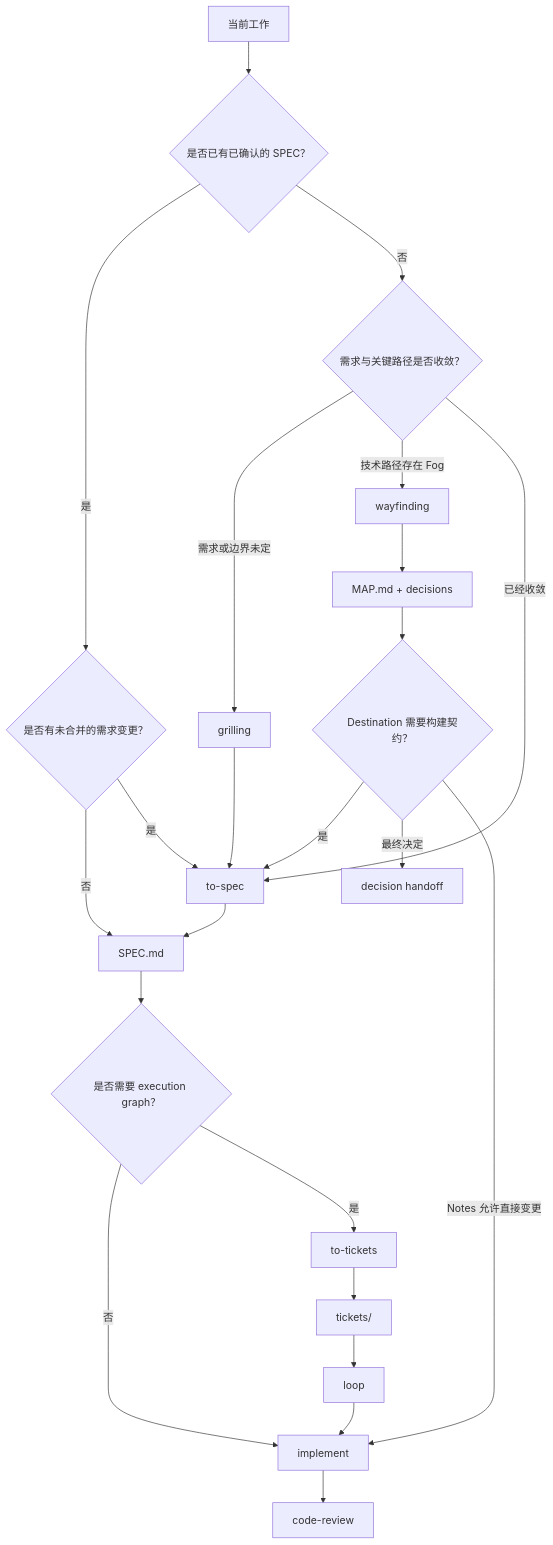
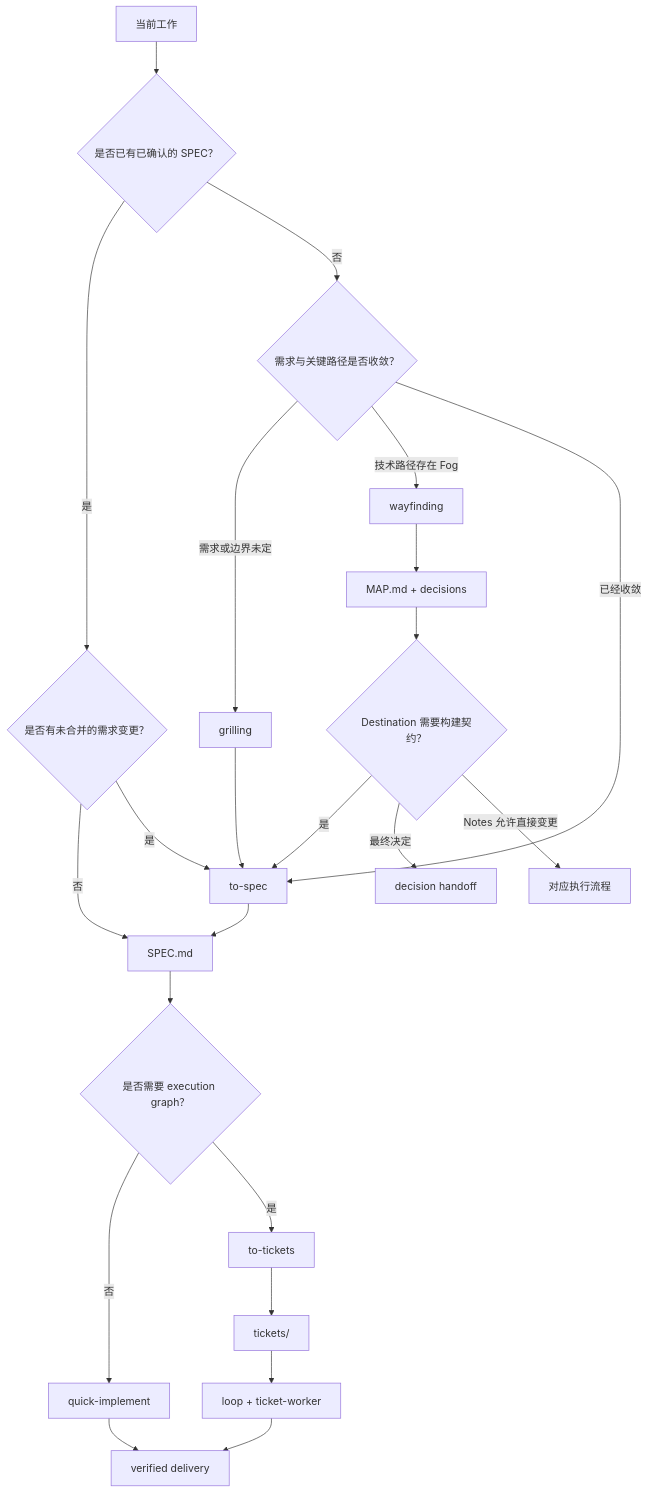
Before and after one commit to calvingit/skills: the first of 2 diagrams in README.md, drawn with Mermaid. The commit also changed other lines of this file and 18 other files, not shown here.

````diff
--- a/README.md
+++ b/README.md
@@ -156,25 +156,25 @@
 ```mermaid
 flowchart TD
     A[当前工作] --> B{是否已有已确认的 SPEC？}
     B -->|是| P{是否有未合并的需求变更？}
     P -->|否| G[SPEC.md]
     P -->|是| E[to-spec]
     B -->|否| N{需求与关键路径是否收敛？}
     N -->|需求或边界未定| C[grilling]
     N -->|技术路径存在 Fog| D[wayfinding]
     N -->|已经收敛| E[to-spec]
     C --> E
     D --> F[MAP.md + decisions]
     F --> Q{Destination 需要构建契约？}
     Q -->|是| E
     Q -->|最终决定| M[decision handoff]
-    Q -->|Notes 允许直接变更| I
+    Q -->|Notes 允许直接变更| X[对应执行流程]
     E --> G[SPEC.md]
     G --> H{是否需要 execution graph？}
-    H -->|否| I[implement]
+    H -->|否| I[quick-implement]
     H -->|是| J[to-tickets]
     J --> K[tickets/]
-    K --> O[loop]
-    O --> I
-    I --> L[code-review]
+    K --> O[loop + ticket-worker]
+    I --> L[verified delivery]
+    O --> L
 ```
````
